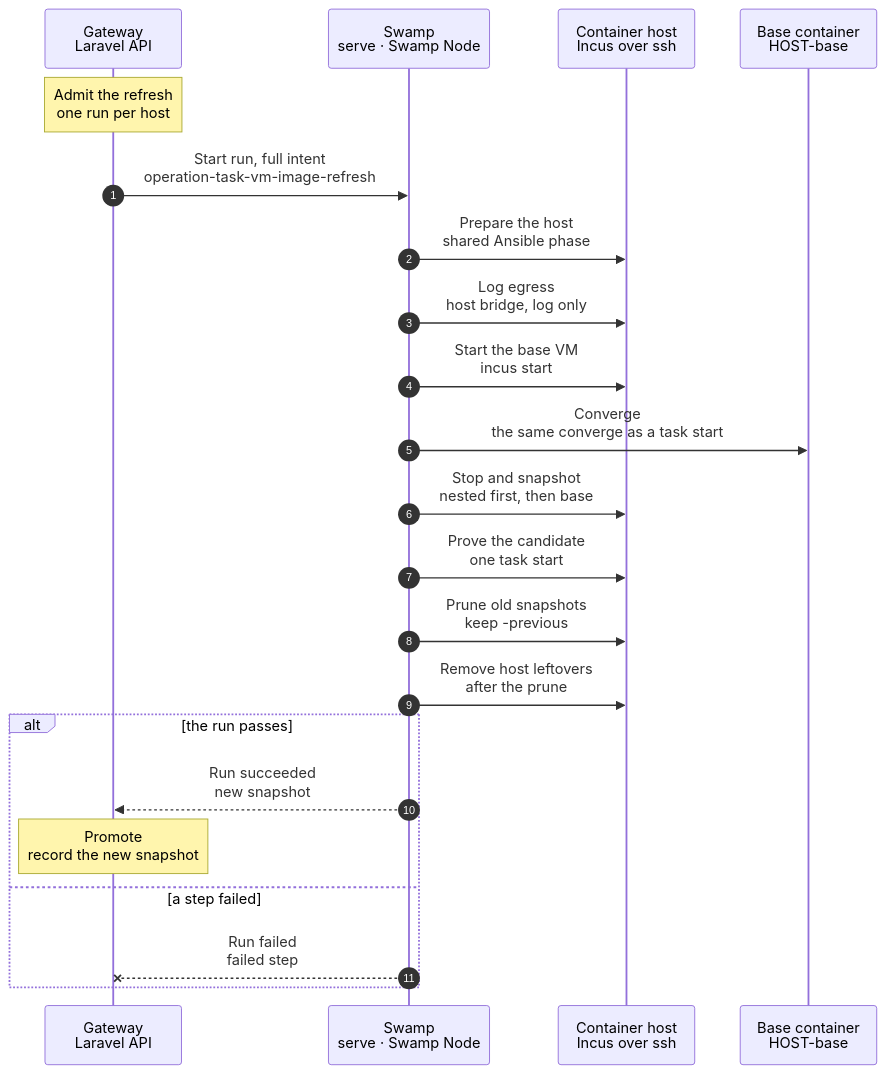
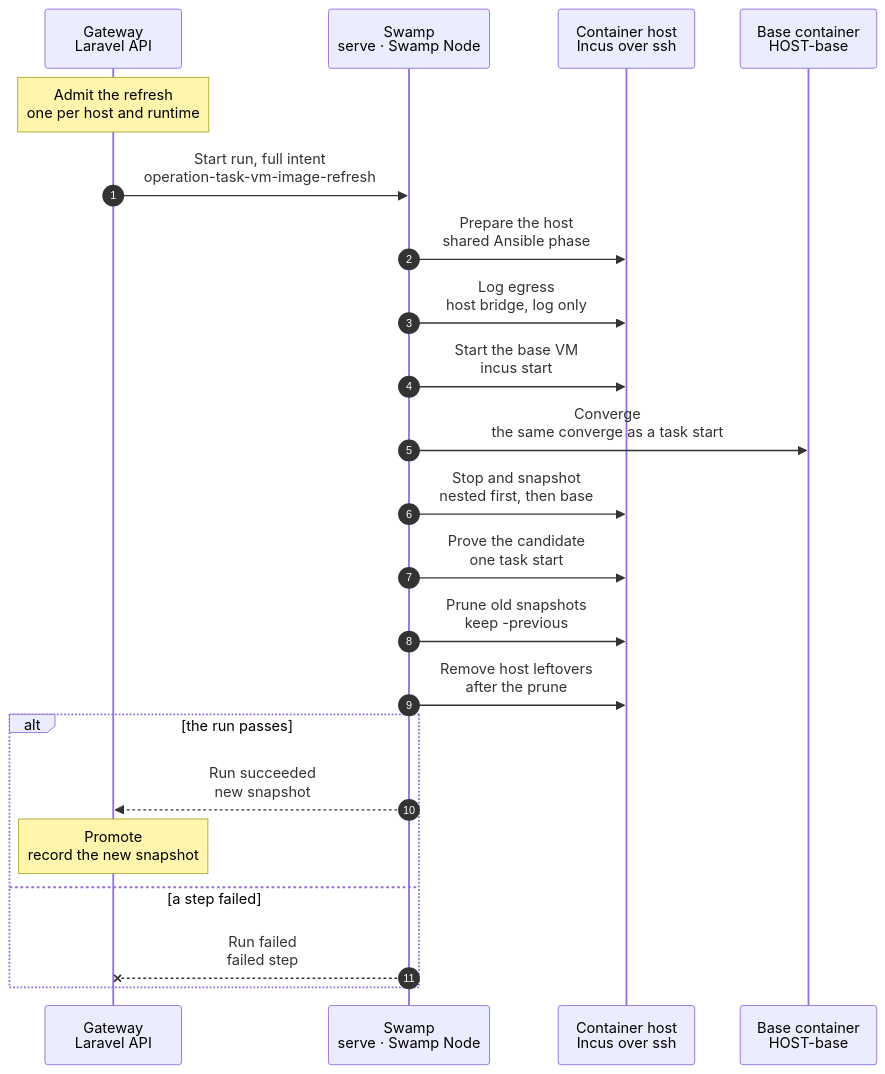
One commit to hardimpactdev/orbit changed the diagram in docs/cli/task/container/image-refresh.mmd. Above: the diagram before and after it, drawn with Mermaid. The commit also changed 5 other files, not shown here.

First line of the commit message:
docs: record the task container decisions of 2026-11-09

```diff
--- a/docs/cli/task/container/image-refresh.mmd
+++ b/docs/cli/task/container/image-refresh.mmd
@@ -1,61 +1,61 @@
 sequenceDiagram
   %% Target design, container runtime (ADR 0250 step 3, docs/reference/task-containers.md): on a container host, the refresh keeps one stopped base container, `HOST-base`, that never gets an identity. Its ZFS snapshot is the base a task start copies. The workflow and step names stay those of docs/cli/task/vm-image-refresh.mmd; the intent carries `runtime: container`, and the Ansible phases branch on it. The base holds the Pi server, the tools, a warm checkout and the nested fleet in an inner Incus with a directory pool: the ready copies. There is no seed volume.
   %% status: draft
   %% command: none · in every Gateway release, and daily
   %% kind: task_vm.image_refresh
   autonumber
   %% lane GW icon=gateway pill=intent tone=blue
   %% lane SW icon=workflow pill=executes tone=green
   %% lane H icon=server pill=target tone=amber
   %% lane BC icon=server pill=target tone=purple
   participant GW as Gateway<br/>Laravel API
   participant SW as Swamp<br/>serve · Swamp Node
   participant H as Container host<br/>Incus over ssh
   participant BC as Base container<br/>HOST-base
-  Note over GW: Admit the refresh<br/>one run per host
+  Note over GW: Admit the refresh<br/>one per host and runtime
   %%> Started by:
   %%> - every Gateway release, after the Swamp load, and the daily schedule; the same triggers as a VM host
   %%> Result:
-  %%> - the intent carries the host's runtime; a host whose runtime changed has no recorded base of the new runtime, so its first refresh builds from stock
+  %%> - a host with `settings.task_vms.containers` gets a container refresh beside its VM refresh: its own run, intent `runtime: container`, its own base and its own queue; a host without a recorded container base builds it from stock
   GW->>SW: Start run, full intent<br/>operation-task-vm-image-refresh
   SW->>H: Prepare the host<br/>shared Ansible phase
   %%> What it does, for a container host:
   %%> - the pool, the bridge `orbittaskc0` with its egress ACL and port isolation, the forwarding rule and the DHCP and DNS input rules, as for a VM host
   %%> - the project `orbit-task-containers` with `restricted.containers.nesting=allow`, `restricted.containers.interception=allow`, `restricted.containers.privilege=isolated` and `restricted.snapshots=allow`; host-path disks stay forbidden, so no container can mount the host's Incus socket
   %%> - the stock image alias `ubuntu-26.04-ct` from `images:ubuntu/26.04/cloud`, the container variant
   %%> - the kernel modules the containers need, loaded now and at boot, and the host sysctls; root's subordinate ID range must hold one isolated range per place and one for the base, or the phase fails
   SW->>H: Log egress<br/>host bridge, log only
   %%> What it does:
   %%> - the egress log of the container bridge, the same part as for a VM host
   SW->>H: Start the base VM<br/>incus start
   %%> What it does, for a container host:
   %%> - starts the stopped base container; its nested containers start with it
   %%> - a host without a recorded container base runs `incus init` from `ubuntu-26.04-ct` with nesting, intercepted `mknod` and `setxattr`, an isolated ID map of 101,000,000 IDs, `boot.autostart=false` and the profile of the project, then starts it
   %%> - the step keeps its VM name, because the workflow is shared
   SW->>BC: Converge<br/>the same converge as a task start
   %%> What it does, for a container:
   %%> - software and tools as on a VM, with the Pi server; the tools phase also installs the inner Incus, writes `/etc/subuid` and `/etc/subgid` as `root:1000000:100000000`, and makes the inner directory pool `topology-seed` and the network `oe-nested`
   %%> - the boot phase sets up WireGuard with `ip` and `wg` in `orbit-wireguard.service`, not `wg-quick`, and gives the identity's units `ConditionPathExists=` on their files; no QEMU config and no identity unit
   %%> - the fleet phase builds a missing fleet once: three nested containers with nesting and a read-only device that shows `N` at `/sys/module/apparmor/parameters/enabled`, then the nested Gateway, app-dev, app-prod and the operator join, as on a VM; the operator tunnel `wg-nested` runs as `orbit-wg-nested.service`, with `ip` and `wg`
   %%> - the task "Take the base snapshots" stops the nested containers before it snapshots them, then starts them; on a directory pool a snapshot of a running container is not consistent
   %%> - the fleet check fails on any unit in the fleet that uses `LoadCredential`
   SW->>H: Stop and snapshot<br/>nested first, then base
   %%> What it does, for a container:
   %%> - stops the three nested containers inside the base, then stops the base cleanly, then snapshots it under the run's name; one ZFS snapshot carries the whole fleet, so no database page is half written
   SW->>H: Prove the candidate<br/>one task start
   %%> What it does:
   %%> - one task start from the new snapshot in a free CI place of this host, then its release
   SW->>H: Prune old snapshots<br/>keep -previous
   SW->>H: Remove host leftovers<br/>after the prune
   %%> What it does:
   %%> - the same cleanup, in the container project
   alt the run passes
     SW-->>GW: Run succeeded<br/>new snapshot
     Note over GW: Promote<br/>record the new snapshot
     %%> Result:
     %%> - task starts on this host copy the new snapshot; the build row records the runtime
   else a step failed
     SW--xGW: Run failed<br/>failed step
     %%> On failure:
     %%> - the base container stops and rolls back to the recorded snapshot; task starts keep it
   end
```
